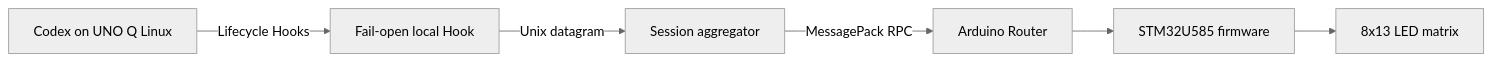
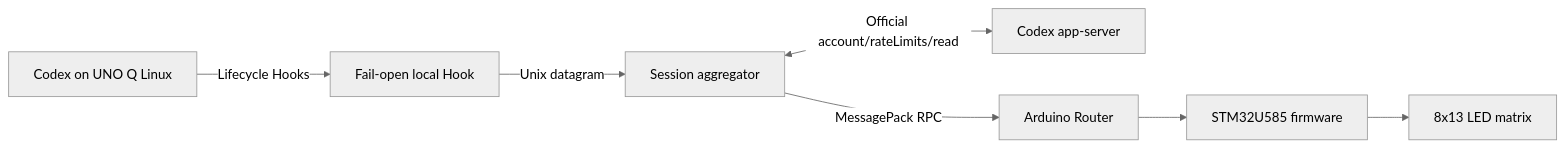
One commit to HSBL-ko-gyo/unoq-codex-matrix changed the diagram in README.md. Above: the diagram before and after it, drawn with Mermaid (neutral theme). The commit also changed other lines of this file and 21 other files, not shown here.

````diff
--- a/README.md
+++ b/README.md
@@ -17,8 +17,9 @@
 ```mermaid
 flowchart LR
     Codex["Codex on UNO Q Linux"] -->|"Lifecycle Hooks"| Hook["Fail-open local Hook"]
     Hook -->|"Unix datagram"| Daemon["Session aggregator"]
+    Daemon <-->|"Official account/rateLimits/read"| AppServer["Codex app-server"]
     Daemon -->|"MessagePack RPC"| Router["Arduino Router"]
     Router --> MCU["STM32U585 firmware"]
     MCU --> Matrix["8x13 LED matrix"]
 ```
````
